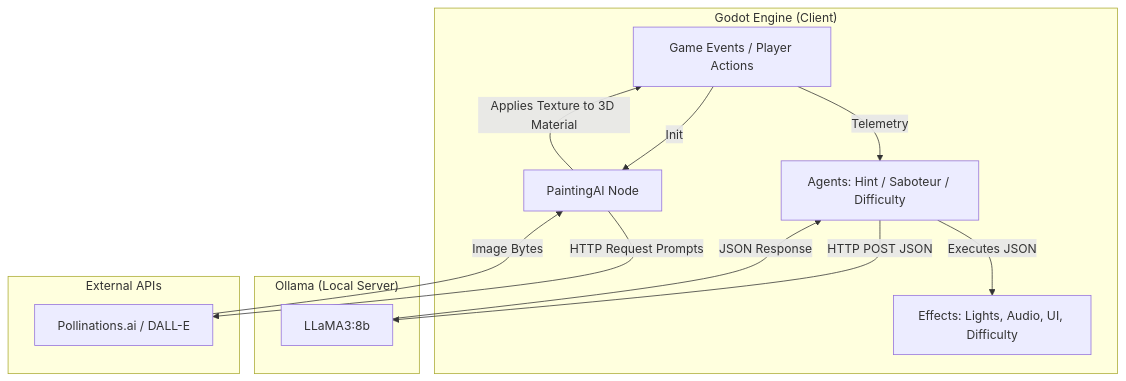
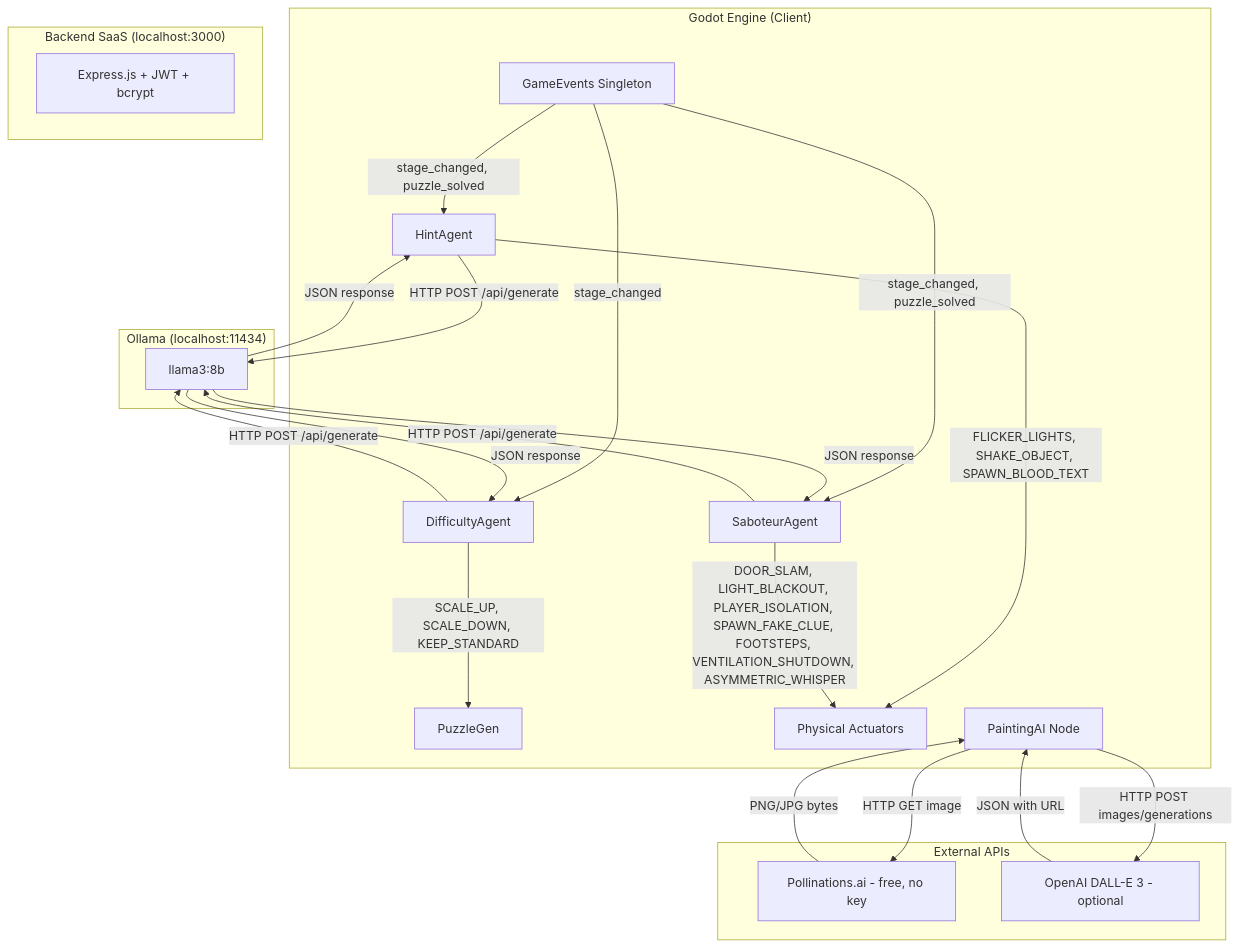
The fourth of 10 diagrams in diagrame_arhitectura.md (neica200/Echo-Chamber-Coop), drawn with Mermaid before and after one commit. The commit also changed other lines of this file, not shown here.

Commit message:
update diagrams

````diff
--- a/diagrame_arhitectura.md
+++ b/diagrame_arhitectura.md
@@ -139,27 +246,45 @@
 ```mermaid
 flowchart TD
-    subgraph Godot_Engine ["Godot Engine (Client)"]
-        Game[Game Events / Player Actions]
-        Agent[Agents: Hint / Saboteur / Difficulty]
-        Actuator[Effects: Lights, Audio, UI, Difficulty]
-        Painting[PaintingAI Node]
+    subgraph Godot_Client ["Godot Engine (Client)"]
+        GE[GameEvents Singleton]
+        HA[HintAgent]
+        SA[SaboteurAgent]
+        DA[DifficultyAgent]
+        PG[PuzzleGen]
+        Actuators[Physical Actuators]
+        PAI[PaintingAI Node]
     end
 
-    subgraph Ollama_Server ["Ollama (Local Server)"]
-        LLM[LLaMA3:8b]
-    end
-    
-    subgraph External_APIs ["External APIs"]
-        Pollinations[Pollinations.ai / DALL-E]
+    subgraph Ollama_Local ["Ollama (localhost:11434)"]
+        LLM[llama3:8b]
     end
 
-    Game -->|Telemetry| Agent
-    Agent -->|HTTP POST JSON| LLM
-    LLM -->|JSON Response| Agent
-    Agent -->|Executes JSON| Actuator
-    
-    Game -->|Init| Painting
-    Painting -->|HTTP Request Prompts| Pollinations
-    Pollinations -->|Image Bytes| Painting
-    Painting -->|Applies Texture to 3D Material| Game
+    subgraph External ["External APIs"]
+        Poll[Pollinations.ai - free, no key]
+        DALL[OpenAI DALL-E 3 - optional]
+    end
+
+    subgraph Backend_SaaS ["Backend SaaS (localhost:3000)"]
+        Express[Express.js + JWT + bcrypt]
+    end
+
+    GE -->|stage_changed, puzzle_solved| HA
+    GE -->|stage_changed, puzzle_solved| SA
+    GE -->|stage_changed| DA
+
+    HA -->|HTTP POST /api/generate| LLM
+    SA -->|HTTP POST /api/generate| LLM
+    DA -->|HTTP POST /api/generate| LLM
+    LLM -->|JSON response| HA
+    LLM -->|JSON response| SA
+    LLM -->|JSON response| DA
+
+    HA -->|FLICKER_LIGHTS, SHAKE_OBJECT, SPAWN_BLOOD_TEXT| Actuators
+    SA -->|DOOR_SLAM, LIGHT_BLACKOUT, PLAYER_ISOLATION, SPAWN_FAKE_CLUE, FOOTSTEPS, VENTILATION_SHUTDOWN, ASYMMETRIC_WHISPER| Actuators
+    DA -->|SCALE_UP, SCALE_DOWN, KEEP_STANDARD| PG
+
+    PAI -->|HTTP GET image| Poll
+    PAI -->|HTTP POST images/generations| DALL
+    Poll -->|PNG/JPG bytes| PAI
+    DALL -->|JSON with URL| PAI
 ```
````
